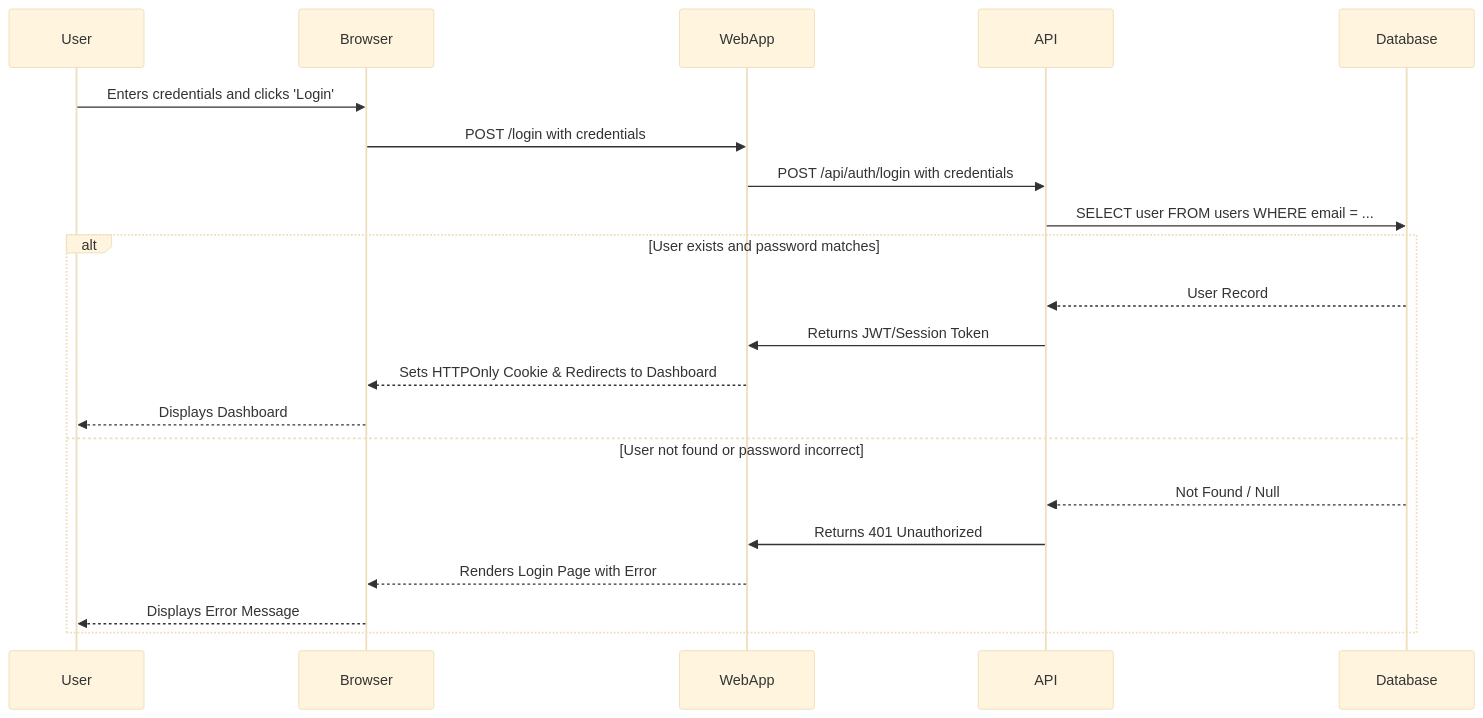
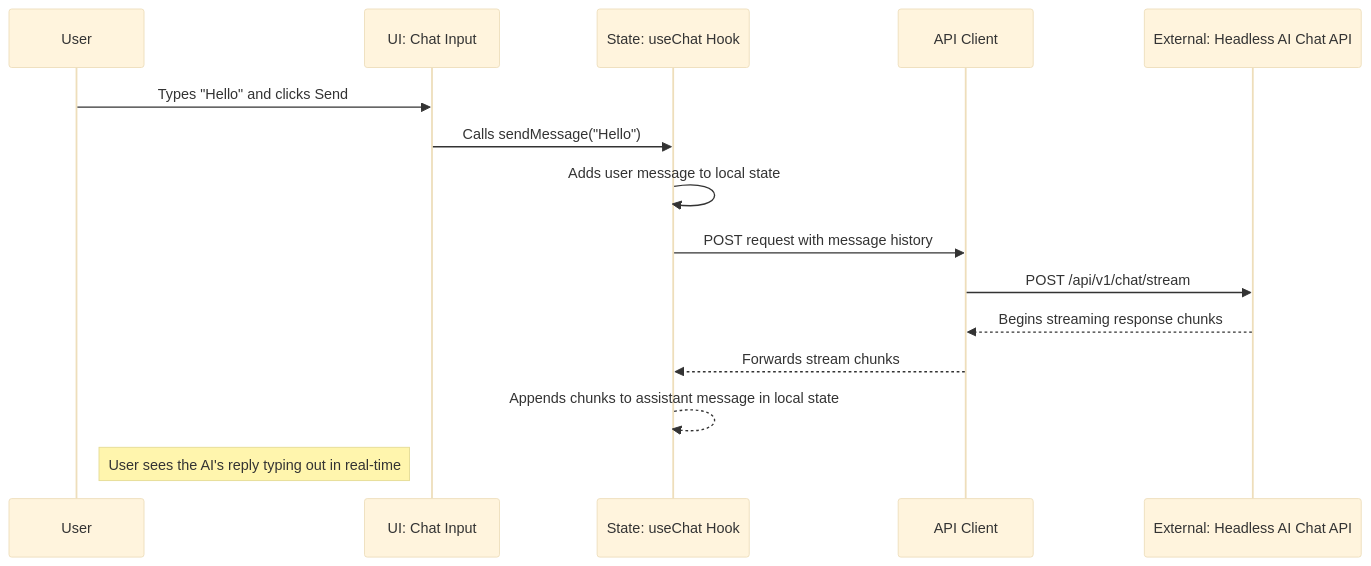
One commit to ljdelavega/ai-chatbot-mfe changed the second of 2 diagrams in docs/architecture_docs.md. Above: the diagram before and after it, drawn with Mermaid (base theme). The commit also changed other lines of this file and 2 other files, not shown here.

Commit message:
Creating product requirement and architecture docs. Also updating README

````diff
--- a/docs/architecture_docs.md
+++ b/docs/architecture_docs.md
@@ -65,24 +86,18 @@
 ```mermaid
 sequenceDiagram
     participant User
-    participant Browser
-    participant WebApp
-    participant API
-    participant Database
+    participant ChatInput as UI: Chat Input
+    participant StateManager as State: useChat Hook
+    participant APIClient as API Client
+    participant HeadlessAPI as External: Headless AI Chat API
 
-    User->>Browser: Enters credentials and clicks 'Login'
-    Browser->>WebApp: POST /login with credentials
-    WebApp->>API: POST /api/auth/login with credentials
-    API->>Database: SELECT user FROM users WHERE email = ...
-    alt User exists and password matches
-        Database-->>API: User Record
-        API->>WebApp: Returns JWT/Session Token
-        WebApp-->>Browser: Sets HTTPOnly Cookie & Redirects to Dashboard
-        Browser-->>User: Displays Dashboard
-    else User not found or password incorrect
-        Database-->>API: Not Found / Null
-        API->>WebApp: Returns 401 Unauthorized
-        WebApp-->>Browser: Renders Login Page with Error
-        Browser-->>User: Displays Error Message
-    end
+    User->>ChatInput: Types "Hello" and clicks Send
+    ChatInput->>StateManager: Calls sendMessage("Hello")
+    StateManager->>StateManager: Adds user message to local state
+    StateManager->>APIClient: POST request with message history
+    APIClient->>HeadlessAPI: POST /api/v1/chat/stream
+    HeadlessAPI-->>APIClient: Begins streaming response chunks
+    APIClient-->>StateManager: Forwards stream chunks
+    StateManager-->>StateManager: Appends chunks to assistant message in local state
+    Note right of User: User sees the AI's reply typing out in real-time
 ```
````
